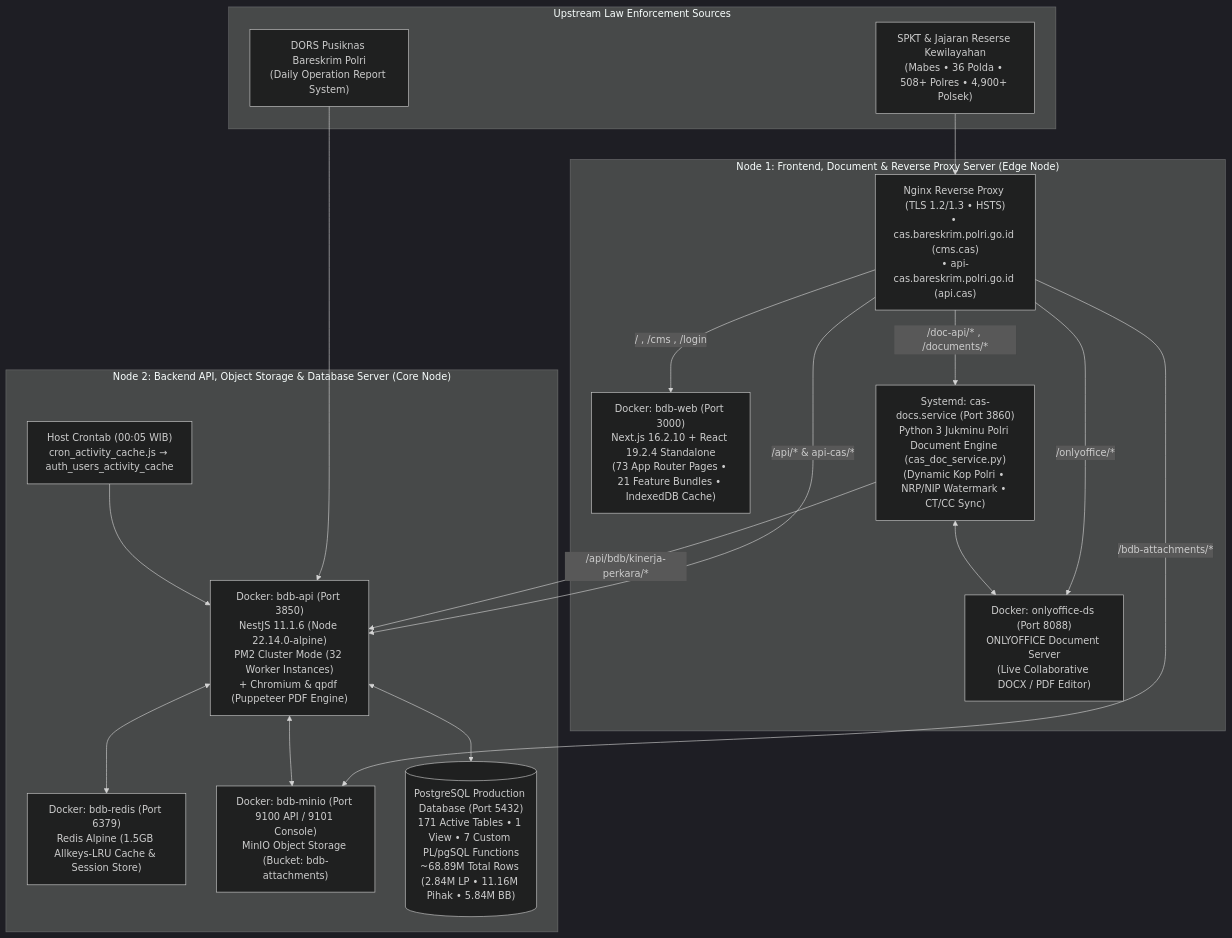
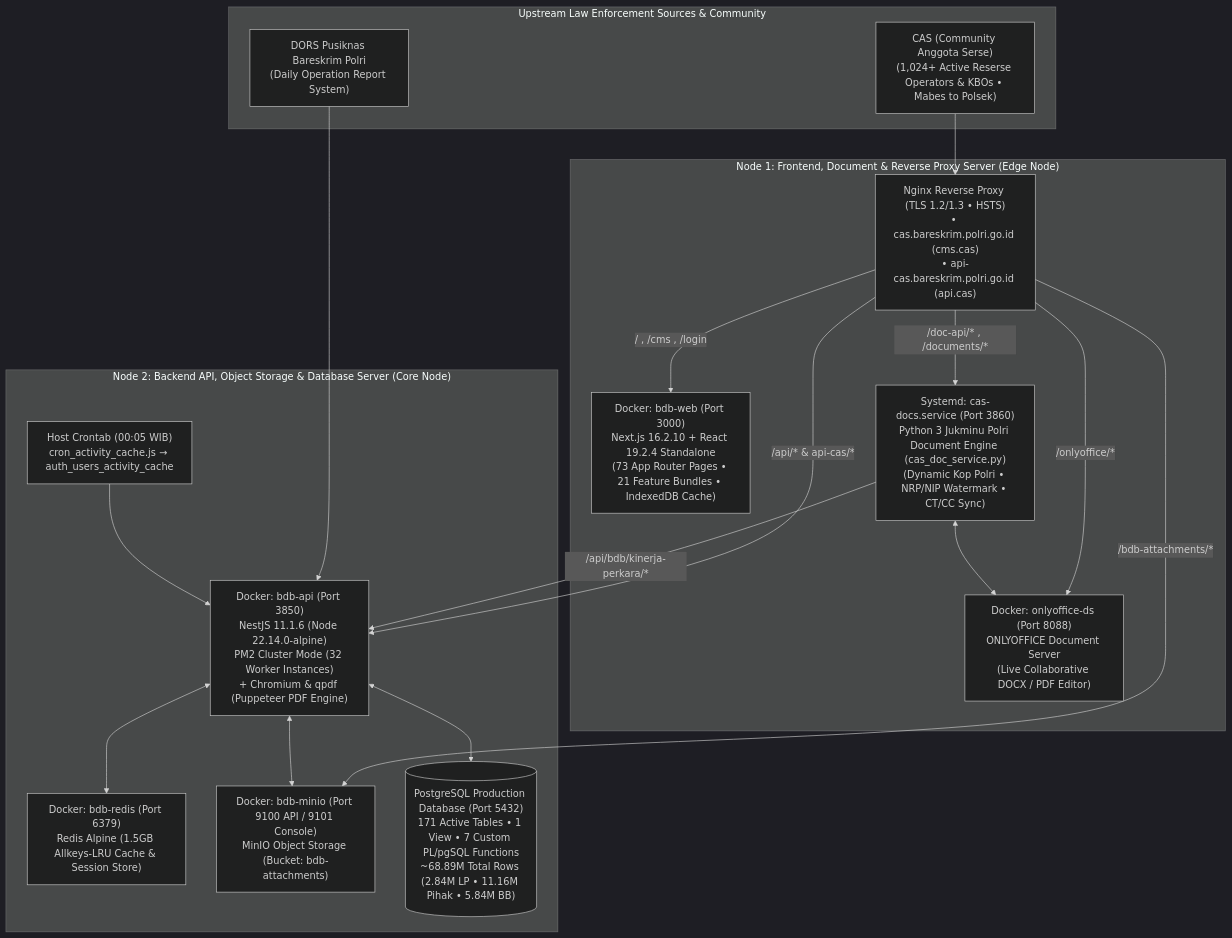
Before and after one commit to omeko42/big-data-binops: the second of 2 diagrams in README.md, drawn with Mermaid (dark theme). The commit also changed other lines of this file and 6 other files, not shown here.

Commit message:
docs(strategic): rebrand to Big Data Binops (BDB) & CAS (Community Anggota Serse), add 4-stage evolution, SOTK Perpol 4/2025 governance, ADR architecture, changelog, and CI security workflow

````diff
--- a/README.md
+++ b/README.md
@@ -17,36 +58,36 @@
 ```mermaid
 flowchart TB
-    subgraph Upstream["Upstream Law Enforcement Sources"]
+    subgraph Upstream["Upstream Law Enforcement Sources & Community"]
         DORS["DORS Pusiknas Bareskrim Polri<br/>(Daily Operation Report System)"]
-        SPKT["SPKT & Jajaran Reserse Kewilayahan<br/>(Mabes • 36 Polda • 508+ Polres • 4,900+ Polsek)"]
+        CAS["CAS (Community Anggota Serse)<br/>(1,024+ Active Reserse Operators & KBOs • Mabes to Polsek)"]
     end
 
     subgraph EdgeNode["Node 1: Frontend, Document & Reverse Proxy Server (Edge Node)"]
         Nginx["Nginx Reverse Proxy (TLS 1.2/1.3 • HSTS)<br/>• cas.bareskrim.polri.go.id (cms.cas)<br/>• api-cas.bareskrim.polri.go.id (api.cas)"]
         BdbWeb["Docker: bdb-web (Port 3000)<br/>Next.js 16.2.10 + React 19.2.4 Standalone<br/>(73 App Router Pages • 21 Feature Bundles • IndexedDB Cache)"]
         CasDocs["Systemd: cas-docs.service (Port 3860)<br/>Python 3 Jukminu Polri Document Engine (cas_doc_service.py)<br/>(Dynamic Kop Polri • NRP/NIP Watermark • CT/CC Sync)"]
         OnlyOffice["Docker: onlyoffice-ds (Port 8088)<br/>ONLYOFFICE Document Server<br/>(Live Collaborative DOCX / PDF Editor)"]
     end
 
     subgraph CoreNode["Node 2: Backend API, Object Storage & Database Server (Core Node)"]
         BdbApi["Docker: bdb-api (Port 3850)<br/>NestJS 11.1.6 (Node 22.14.0-alpine)<br/>PM2 Cluster Mode (32 Worker Instances)<br/>+ Chromium & qpdf (Puppeteer PDF Engine)"]
         BdbRedis["Docker: bdb-redis (Port 6379)<br/>Redis Alpine (1.5GB Allkeys-LRU Cache & Session Store)"]
         BdbMinio["Docker: bdb-minio (Port 9100 API / 9101 Console)<br/>MinIO Object Storage (Bucket: bdb-attachments)"]
         Postgres[("PostgreSQL Production Database (Port 5432)<br/>171 Active Tables • 1 View • 7 Custom PL/pgSQL Functions<br/>~68.89M Total Rows (2.84M LP • 11.16M Pihak • 5.84M BB)")]
         CronBe["Host Crontab (00:05 WIB)<br/>cron_activity_cache.js → auth_users_activity_cache"]
     end
 
     DORS --> BdbApi
-    SPKT --> Nginx
+    CAS --> Nginx
     Nginx -->|"/ , /cms , /login"| BdbWeb
     Nginx -->|"/doc-api/* , /documents/*"| CasDocs
     Nginx -->|"/onlyoffice/*"| OnlyOffice
     Nginx -->|"/api/* & api-cas/*"| BdbApi
     Nginx -->|"/bdb-attachments/*"| BdbMinio
     CasDocs <--> OnlyOffice
     CasDocs -->|"/api/bdb/kinerja-perkara/*"| BdbApi
     BdbApi <--> Postgres
     BdbApi <--> BdbRedis
     BdbApi <--> BdbMinio
     CronBe --> BdbApi
 ```
````
